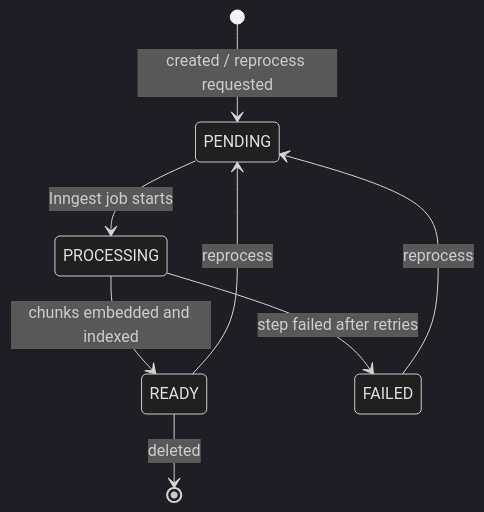
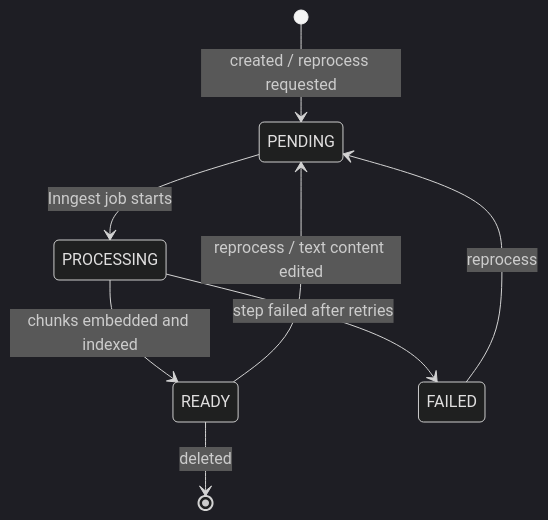
One commit to mohammedsaif001/grounded-brain-notebook-llm changed the fourth of 6 diagrams in docs/DATABASE.md. Above: the diagram before and after it, drawn with Mermaid (dark theme). The commit also changed other lines of this file, not shown here.

````diff
--- a/docs/DATABASE.md
+++ b/docs/DATABASE.md
@@ -387,10 +391,10 @@
 ```mermaid
 stateDiagram-v2
     [*] --> PENDING: created / reprocess requested
     PENDING --> PROCESSING: Inngest job starts
     PROCESSING --> READY: chunks embedded and indexed
     PROCESSING --> FAILED: step failed after retries
     FAILED --> PENDING: reprocess
-    READY --> PENDING: reprocess
+    READY --> PENDING: reprocess / text content edited
     READY --> [*]: deleted
 ```
````
